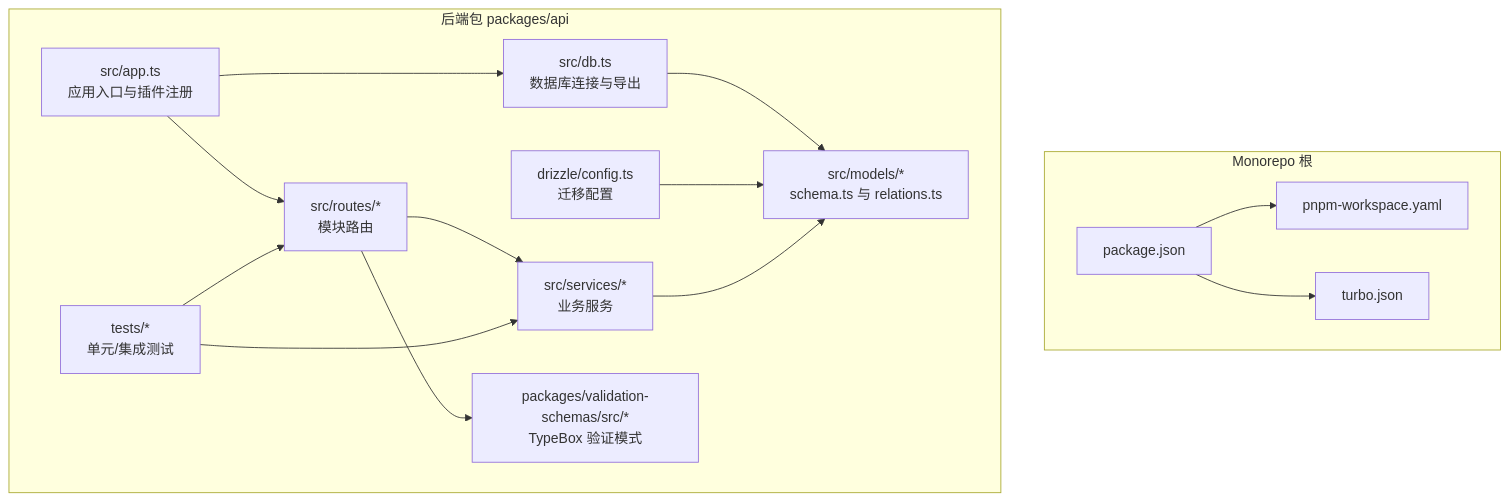
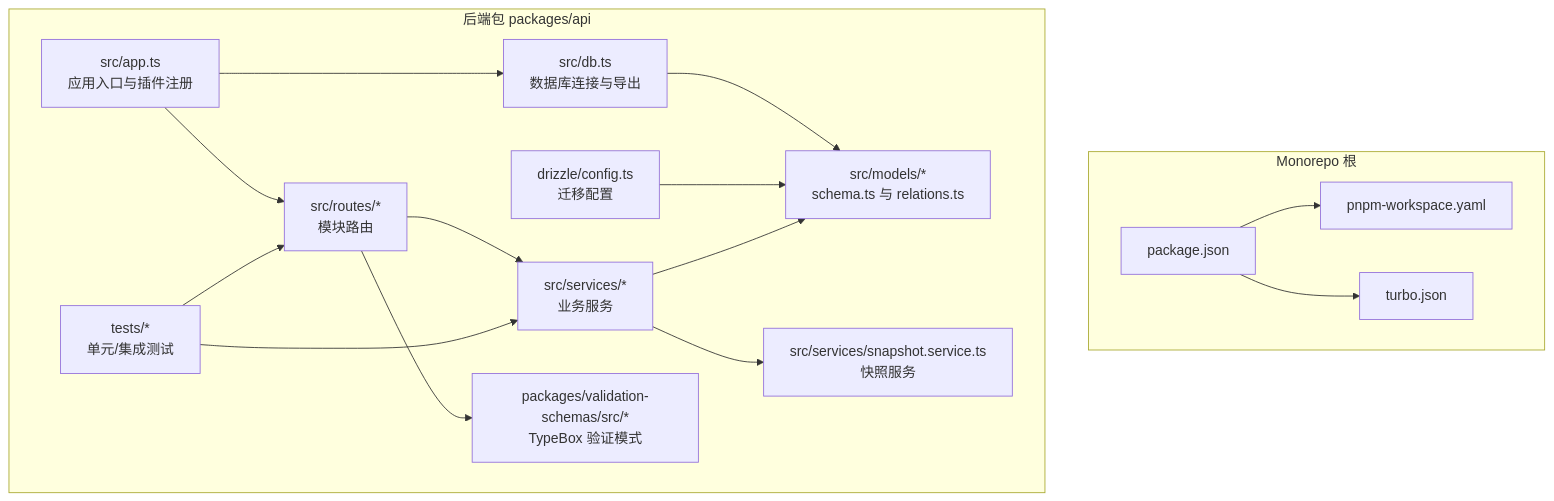
One commit to kai-cui1/ai-prototype-manager changed the first of 12 diagrams in .qoder/repowiki/zh/content/后端开发/后端开发.md. Above: the diagram before and after it, drawn with Mermaid. The commit also changed other lines of this file and 295 other files, not shown here.

````diff
--- a/.qoder/repowiki/zh/content/后端开发/后端开发.md
+++ b/.qoder/repowiki/zh/content/后端开发/后端开发.md
@@ -74,29 +83,31 @@
 ```mermaid
 graph TB
 subgraph "Monorepo 根"
 P["package.json"]
 W["pnpm-workspace.yaml"]
 T["turbo.json"]
 end
 subgraph "后端包 packages/api"
 APP["src/app.ts<br/>应用入口与插件注册"]
 DB["src/db.ts<br/>数据库连接与导出"]
 DRIZZLE_CFG["drizzle/config.ts<br/>迁移配置"]
 MODELS["src/models/*<br/>schema.ts 与 relations.ts"]
 ROUTES["src/routes/*<br/>模块路由"]
 SERVICES["src/services/*<br/>业务服务"]
+SNAPSHOT["src/services/snapshot.service.ts<br/>快照服务"]
 VALID["packages/validation-schemas/src/*<br/>TypeBox 验证模式"]
 TESTS["tests/*<br/>单元/集成测试"]
 end
 P --> W
 P --> T
 APP --> ROUTES
 APP --> DB
 DB --> MODELS
 DRIZZLE_CFG --> MODELS
 ROUTES --> SERVICES
 SERVICES --> MODELS
+SERVICES --> SNAPSHOT
 ROUTES --> VALID
 TESTS --> ROUTES
 TESTS --> SERVICES
 ```
````
